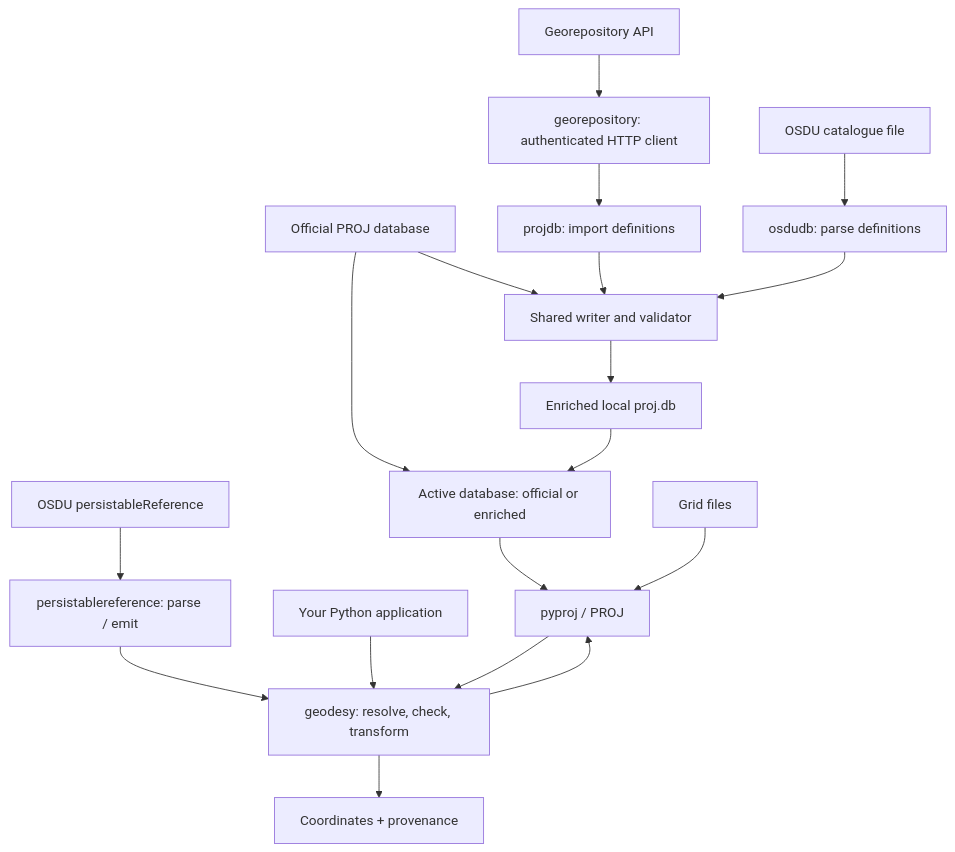
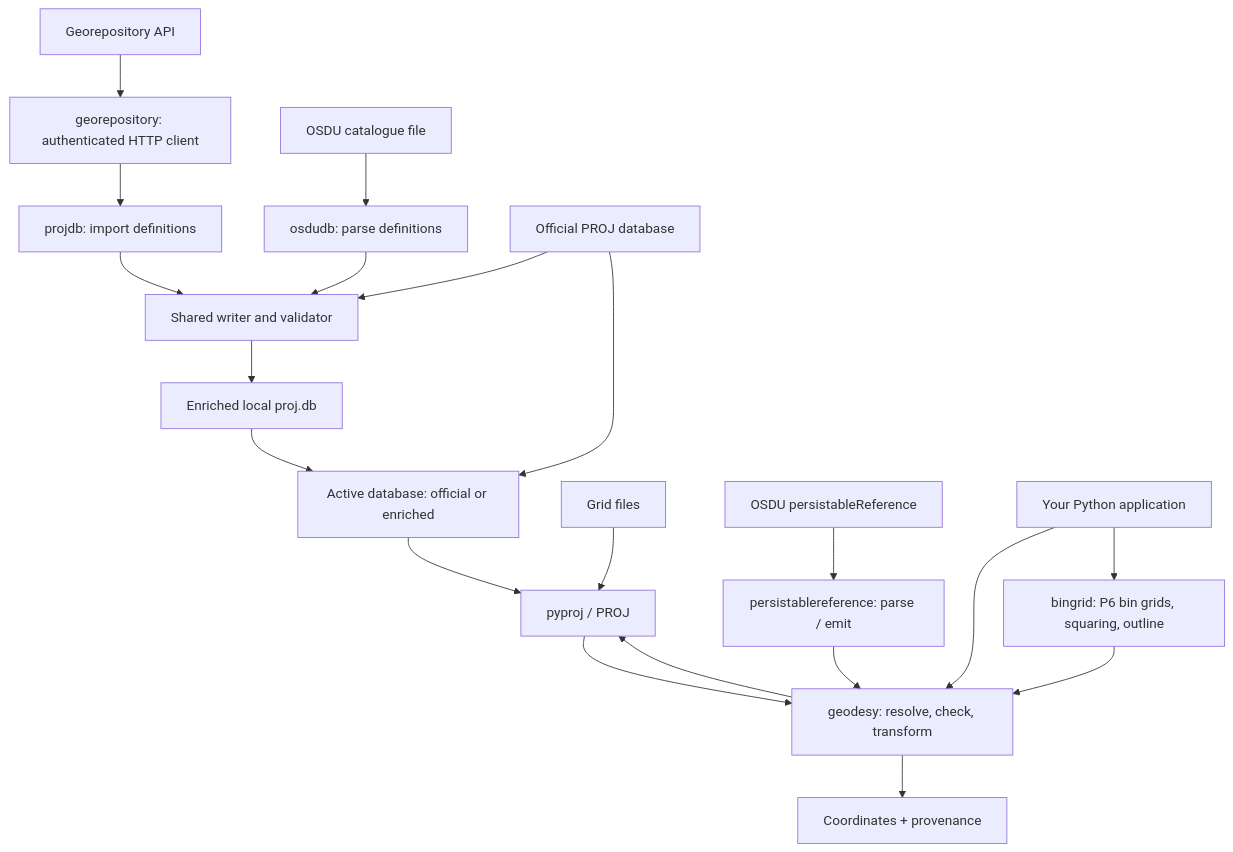
The diagram in docs/background/architecture.md (equinor/geodetic-engine), drawn with Mermaid before and after one commit. The commit also changed other lines of this file and 46 other files, not shown here.

First line of the commit message:
Add geodetic_engine.bingrid for seismic bin grids (#15)

````diff
--- a/docs/background/architecture.md
+++ b/docs/background/architecture.md
@@ -8,21 +8,23 @@
 ```mermaid
 flowchart TD
     Geo["Georepository API"] --> Client["georepository: authenticated HTTP client"]
     Client --> Import["projdb: import definitions"]
     OSDU["OSDU catalogue file"] --> Parse["osdudb: parse definitions"]
     Base["Official PROJ database"] --> Writer["Shared writer and validator"]
     Import --> Writer
     Parse --> Writer
     Writer --> Custom["Enriched local proj.db"]
 
     Base --> Active["Active database: official or enriched"]
     Custom --> Active
     Active --> Engine["pyproj / PROJ"]
     Grids["Grid files"] --> Engine
     Payload["OSDU persistableReference"] --> PR["persistablereference: parse / emit"]
     PR --> API
     App["Your Python application"] --> API["geodesy: resolve, check, transform"]
     API --> Engine
     Engine --> API
     API --> Result["Coordinates + provenance"]
+    App --> BinGrid["bingrid: P6 bin grids, squaring, outline"]
+    BinGrid --> API
 ```
````
